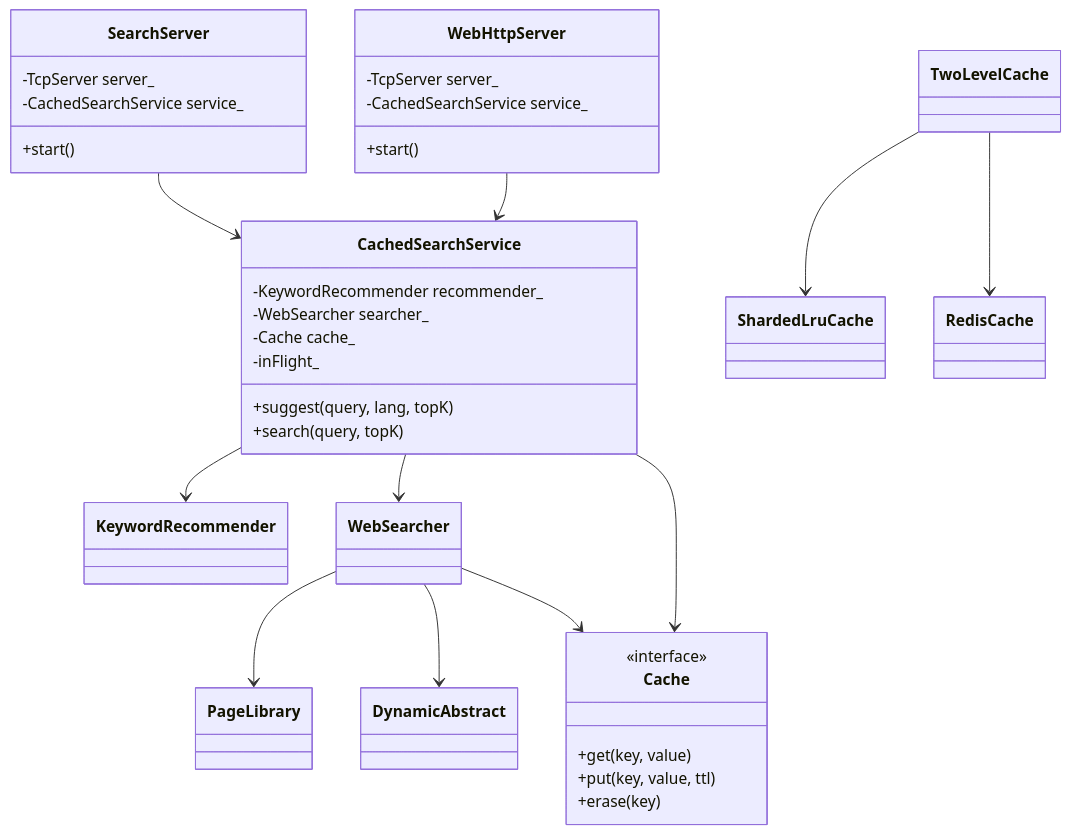
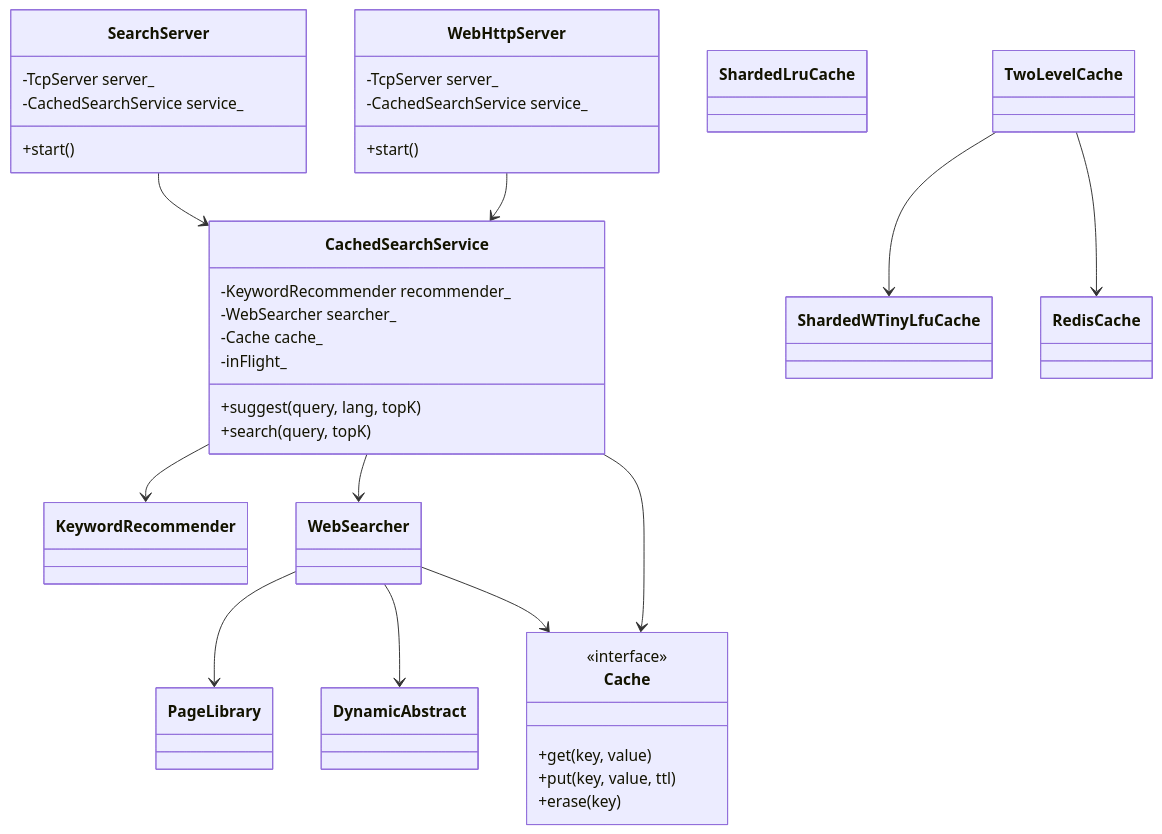
Before and after one commit to dijk4tra/Cpp_Advanced: the fifth of 11 diagrams in 课件/07_搜索引擎项目/03_SearchEngine_V3/README.md, drawn with Mermaid. The commit also changed other lines of this file and 10 other files, not shown here.

````diff
--- a/课件/07_搜索引擎项目/03_SearchEngine_V3/README.md
+++ b/课件/07_搜索引擎项目/03_SearchEngine_V3/README.md
@@ -484,49 +495,50 @@
 ```mermaid
 classDiagram
     class SearchServer {
         -TcpServer server_
         -CachedSearchService service_
         +start()
     }
 
     class WebHttpServer {
         -TcpServer server_
         -CachedSearchService service_
         +start()
     }
 
     class CachedSearchService {
         -KeywordRecommender recommender_
         -WebSearcher searcher_
         -Cache cache_
         -inFlight_
         +suggest(query, lang, topK)
         +search(query, topK)
     }
 
     class Cache {
         <<interface>>
         +get(key, value)
         +put(key, value, ttl)
         +erase(key)
     }
 
+    class ShardedWTinyLfuCache
     class ShardedLruCache
     class RedisCache
     class TwoLevelCache
     class KeywordRecommender
     class WebSearcher
     class PageLibrary
     class DynamicAbstract
 
     SearchServer --> CachedSearchService
     WebHttpServer --> CachedSearchService
     CachedSearchService --> KeywordRecommender
     CachedSearchService --> WebSearcher
     CachedSearchService --> Cache
-    TwoLevelCache --> ShardedLruCache
+    TwoLevelCache --> ShardedWTinyLfuCache
     TwoLevelCache --> RedisCache
     WebSearcher --> PageLibrary
     WebSearcher --> DynamicAbstract
     WebSearcher --> Cache
 ```
````
